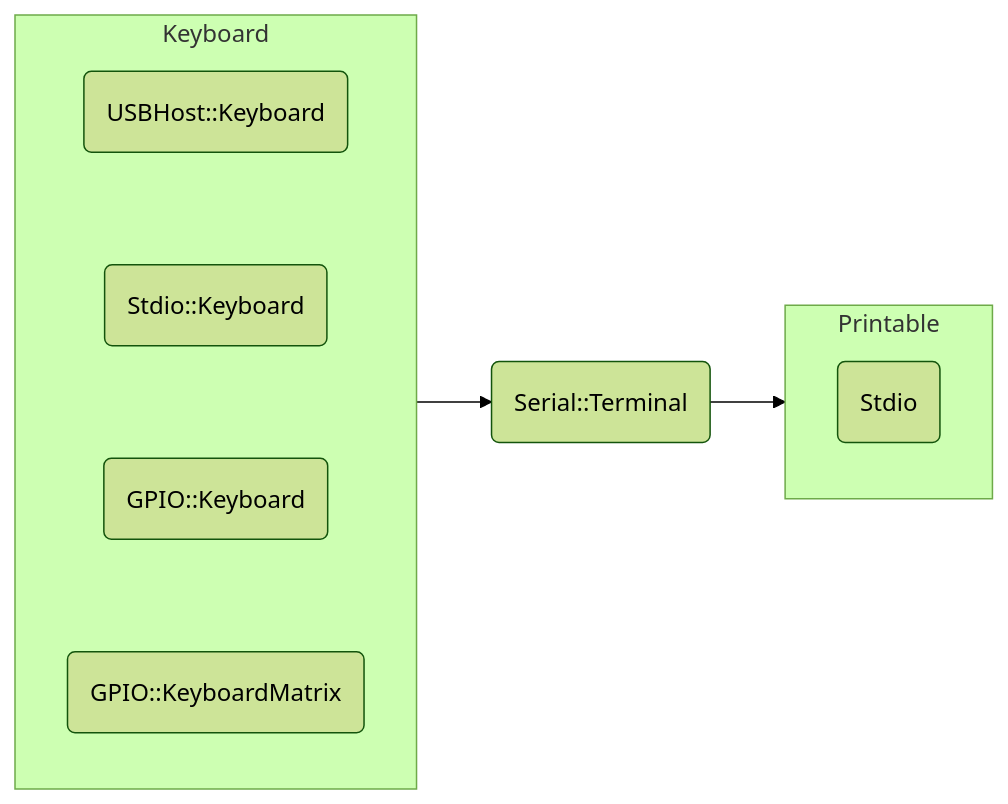
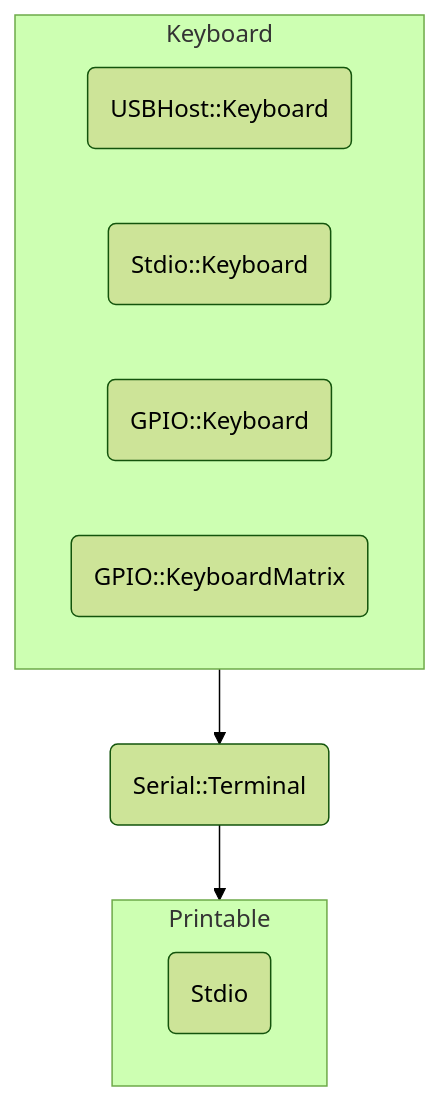
Before and after one commit to ypsitau/zenn: the second of 2 diagrams in articles/2025-04-06-cmdline-editor.md, drawn with Mermaid (forest theme). The commit also changed other lines of this file and 5 other files, not shown here.

````diff
--- a/articles/2025-04-06-cmdline-editor.md
+++ b/articles/2025-04-06-cmdline-editor.md
@@ -57,10 +70,13 @@
 ```mermaid
-graph LR
+graph TD
   subgraph Keyboard
-    K1(USBHost::Keyboard) ~~~ K2(Stdio::Keyboard) ~~~ K3(GPIO::Keyboard) ~~~ K4(GPIO::KeyboardMatrix)
+    K1(USBHost::Keyboard)
+    K2(Stdio::Keyboard)
+    K3(GPIO::Keyboard)
+    K4(GPIO::KeyboardMatrix)
   end
   subgraph Printable
     P1(Stdio)
   end
   Keyboard-->T(Serial::Terminal)-->Printable
 ```
````
